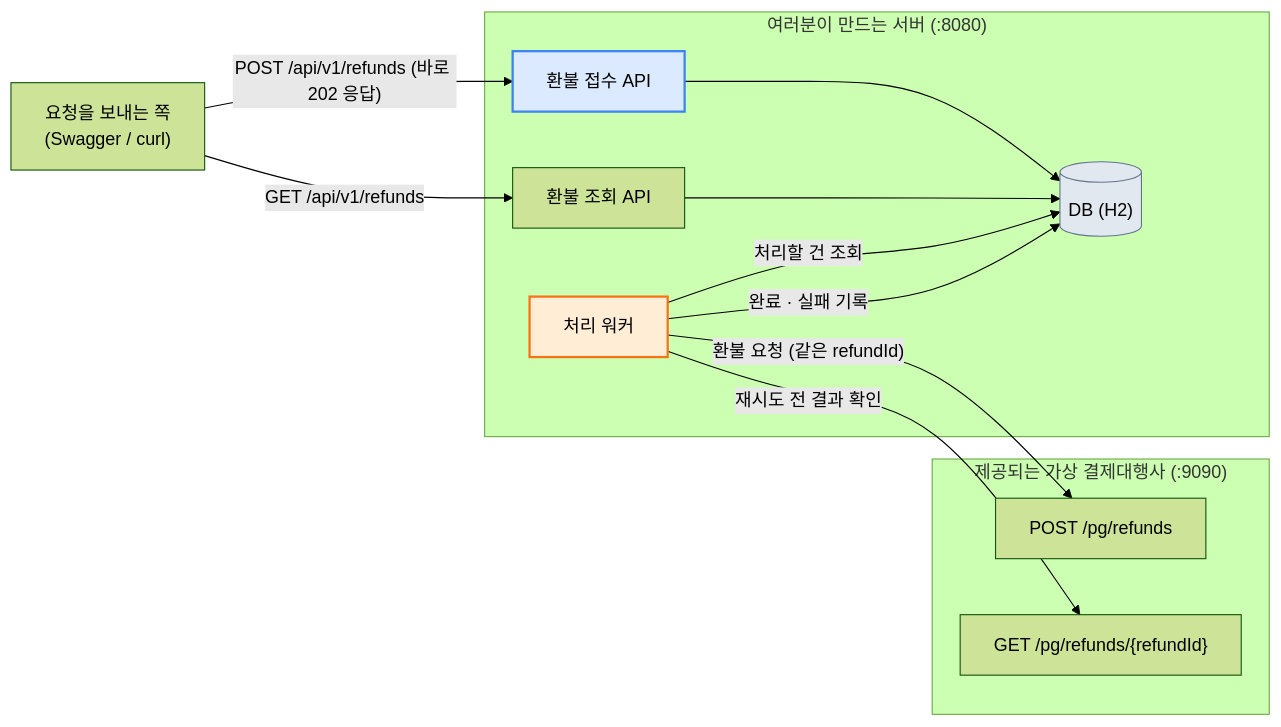
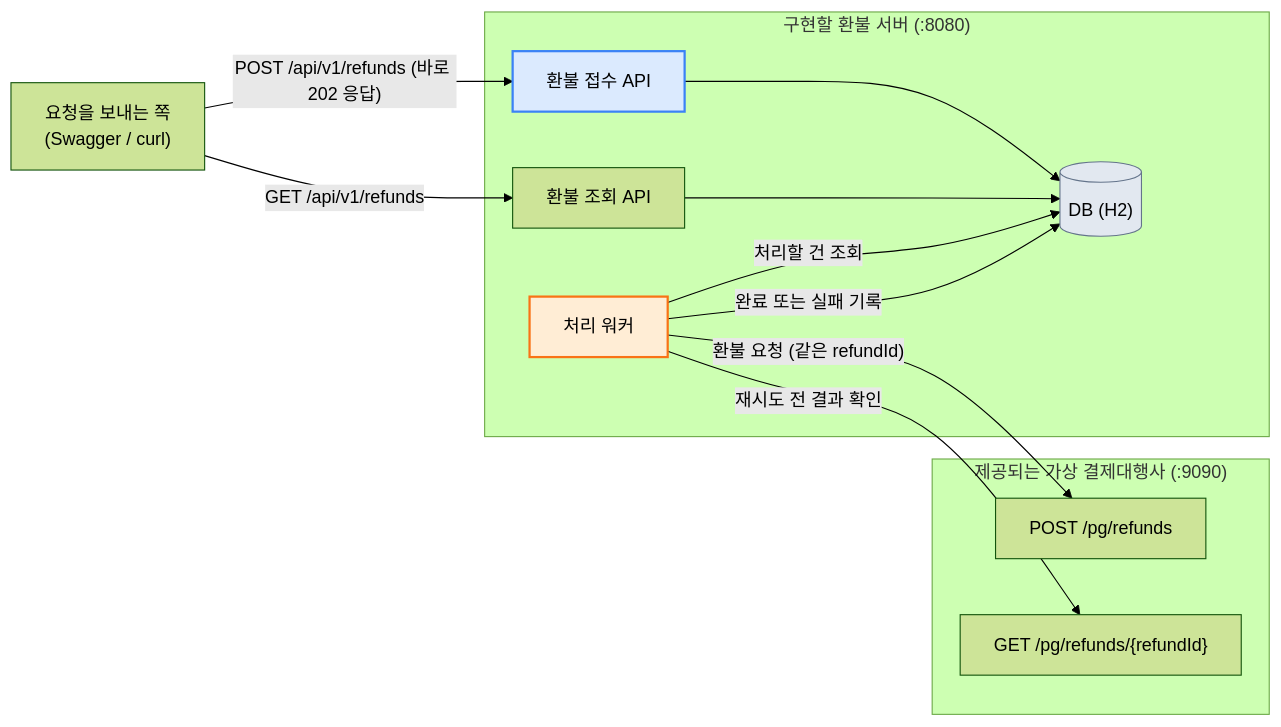
Before and after one commit to DongHyunKIM-Hi/refund-relay-assignment: the first of 3 diagrams in README.md, drawn with Mermaid (forest theme). The commit also changed other lines of this file and 1 other file, not shown here.

````diff
--- a/README.md
+++ b/README.md
@@ -76,29 +84,29 @@
 ```mermaid
 flowchart LR
     A["요청을 보내는 쪽<br/>(Swagger / curl)"]
 
-    subgraph SERVER["여러분이 만드는 서버 (:8080)"]
+    subgraph SERVER["구현할 환불 서버 (:8080)"]
         B["환불 접수 API"]
         C["환불 조회 API"]
         D[("DB (H2)")]
         E["처리 워커"]
     end
 
     subgraph PG["제공되는 가상 결제대행사 (:9090)"]
         F["POST /pg/refunds"]
         G["GET /pg/refunds/{refundId}"]
     end
 
     A -->|"POST /api/v1/refunds (바로 202 응답)"| B
     A -->|"GET /api/v1/refunds"| C
     B --> D
     C --> D
     E -->|"처리할 건 조회"| D
-    E -->|"완료 · 실패 기록"| D
+    E -->|"완료 또는 실패 기록"| D
     E -->|"환불 요청 (같은 refundId)"| F
     E -->|"재시도 전 결과 확인"| G
 
     style B fill:#dbeafe,stroke:#3b82f6,stroke-width:2px
     style E fill:#ffedd5,stroke:#f97316,stroke-width:2px
     style D fill:#e2e8f0,stroke:#64748b
 ```
````
